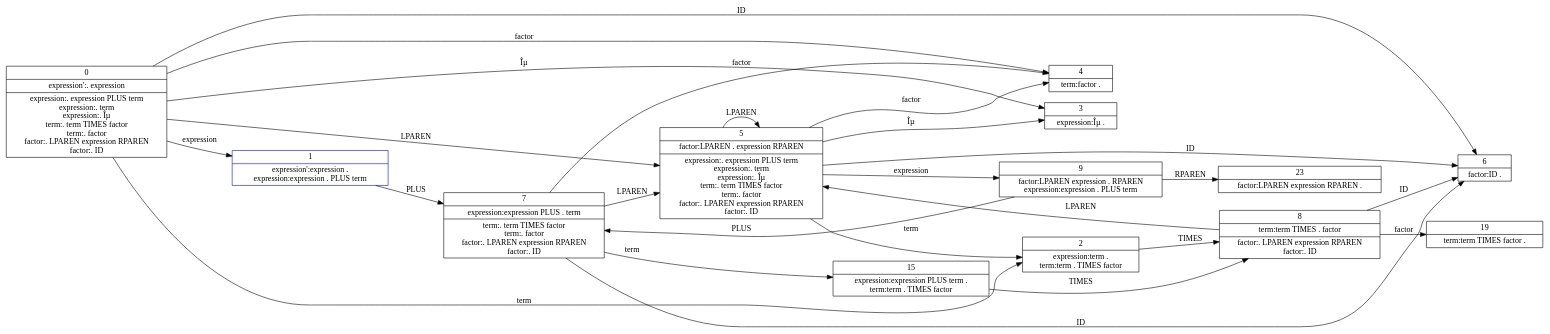
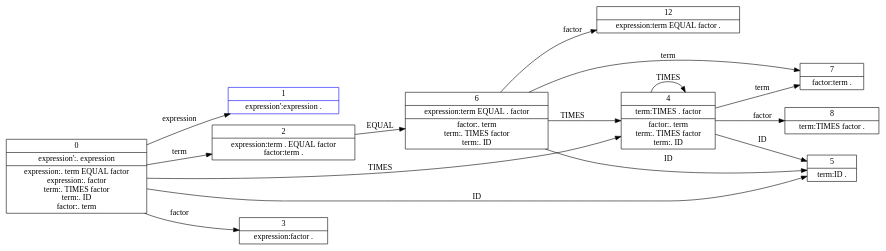
One commit to bryannalfaro/Dise-odeLenguajes changed the diagram in test-output1/automata1.gv. Above: the diagram before and after it, drawn with Graphviz. The commit also changed 17 other files, not shown here.

```diff
--- a/test-output1/automata1.gv
+++ b/test-output1/automata1.gv
@@ -1,41 +1,28 @@
 digraph automata1 {
 	node [shape=record]
 	rankdir=LR
-	0 [label="0 | expression':. expression\n|expression:. expression PLUS term\nexpression:. term\nexpression:. Îµ\nterm:. term TIMES factor\nterm:. factor\nfactor:. LPAREN expression RPAREN\nfactor:. ID\n"]
-	1 [label="1 | expression':expression . \nexpression:expression . PLUS term \n" color=blue]
-	2 [label="2 | expression:term . \nterm:term . TIMES factor \n"]
-	3 [label="3 | expression:Îµ . \n"]
-	4 [label="4 | term:factor . \n"]
-	5 [label="5 | factor:LPAREN . expression RPAREN \n|expression:. expression PLUS term\nexpression:. term\nexpression:. Îµ\nterm:. term TIMES factor\nterm:. factor\nfactor:. LPAREN expression RPAREN\nfactor:. ID\n"]
-	6 [label="6 | factor:ID . \n"]
-	7 [label="7 | expression:expression PLUS . term \n|term:. term TIMES factor\nterm:. factor\nfactor:. LPAREN expression RPAREN\nfactor:. ID\n"]
-	8 [label="8 | term:term TIMES . factor \n|factor:. LPAREN expression RPAREN\nfactor:. ID\n"]
-	9 [label="9 | factor:LPAREN expression . RPAREN \nexpression:expression . PLUS term \n"]
-	15 [label="15 | expression:expression PLUS term . \nterm:term . TIMES factor \n"]
-	19 [label="19 | term:term TIMES factor . \n"]
-	23 [label="23 | factor:LPAREN expression RPAREN . \n"]
+	0 [label="0 | expression':. expression\n|expression:. term EQUAL factor\nexpression:. factor\nterm:. TIMES factor\nterm:. ID\nfactor:. term\n"]
+	1 [label="1 | expression':expression . \n" color=blue]
+	2 [label="2 | expression:term . EQUAL factor \nfactor:term . \n"]
+	3 [label="3 | expression:factor . \n"]
+	4 [label="4 | term:TIMES . factor \n|factor:. term\nterm:. TIMES factor\nterm:. ID\n"]
+	5 [label="5 | term:ID . \n"]
+	6 [label="6 | expression:term EQUAL . factor \n|factor:. term\nterm:. TIMES factor\nterm:. ID\n"]
+	7 [label="7 | factor:term . \n"]
+	8 [label="8 | term:TIMES factor . \n"]
+	12 [label="12 | expression:term EQUAL factor . \n"]
 	0 -> 1 [label=expression]
 	0 -> 2 [label=term]
-	0 -> 3 [label="Îµ"]
-	0 -> 4 [label=factor]
-	0 -> 5 [label=LPAREN]
-	0 -> 6 [label=ID]
-	1 -> 7 [label=PLUS]
-	2 -> 8 [label=TIMES]
-	5 -> 9 [label=expression]
-	5 -> 2 [label=term]
-	5 -> 3 [label="Îµ"]
-	5 -> 4 [label=factor]
-	5 -> 5 [label=LPAREN]
-	5 -> 6 [label=ID]
-	7 -> 15 [label=term]
-	7 -> 4 [label=factor]
-	7 -> 5 [label=LPAREN]
-	7 -> 6 [label=ID]
-	8 -> 19 [label=factor]
-	8 -> 5 [label=LPAREN]
-	8 -> 6 [label=ID]
-	9 -> 7 [label=PLUS]
-	9 -> 23 [label=RPAREN]
-	15 -> 8 [label=TIMES]
+	0 -> 3 [label=factor]
+	0 -> 4 [label=TIMES]
+	0 -> 5 [label=ID]
+	2 -> 6 [label=EQUAL]
+	4 -> 7 [label=term]
+	4 -> 8 [label=factor]
+	4 -> 4 [label=TIMES]
+	4 -> 5 [label=ID]
+	6 -> 7 [label=term]
+	6 -> 12 [label=factor]
+	6 -> 4 [label=TIMES]
+	6 -> 5 [label=ID]
 }
```
